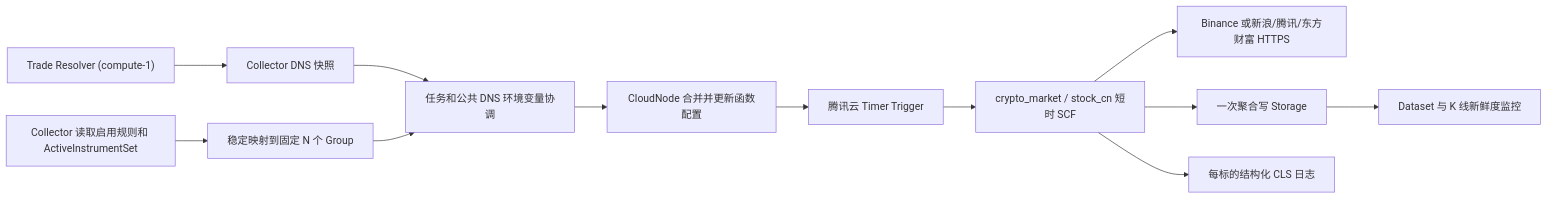
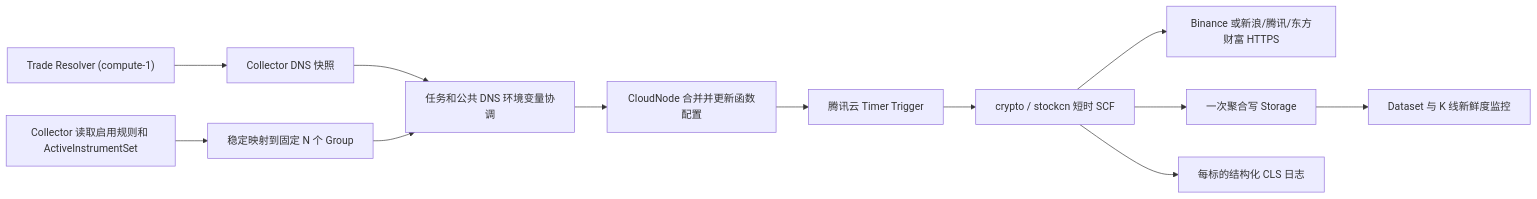
Before and after one commit to mooyang-code/moox: the diagram in docs/architecture/scf-short-lived-market-fetch.md, drawn with Mermaid. The commit also changed other lines of this file and 719 other files, not shown here.

````diff
--- a/docs/architecture/scf-short-lived-market-fetch.md
+++ b/docs/architecture/scf-short-lived-market-fetch.md
@@ -17,14 +17,14 @@
 ```mermaid
 flowchart LR
   Rule["Collector 读取启用规则和 ActiveInstrumentSet"] --> Assign["稳定映射到固定 N 个 Group"]
   TradeDNS["Trade Resolver (compute-1)"] --> DNS["Collector DNS 快照"]
   DNS --> Reconcile["任务和公共 DNS 环境变量协调"]
   Assign --> Reconcile
   Reconcile --> CloudNode["CloudNode 合并并更新函数配置"]
   CloudNode --> Timer["腾讯云 Timer Trigger"]
-  Timer --> SCF["crypto_market / stock_cn 短时 SCF"]
+  Timer --> SCF["crypto / stockcn 短时 SCF"]
   SCF --> Binance["Binance 或新浪/腾讯/东方财富 HTTPS"]
   SCF --> Storage["一次聚合写 Storage"]
   Storage --> Monitor["Dataset 与 K 线新鲜度监控"]
   SCF --> CLS["每标的结构化 CLS 日志"]
 ```
````
